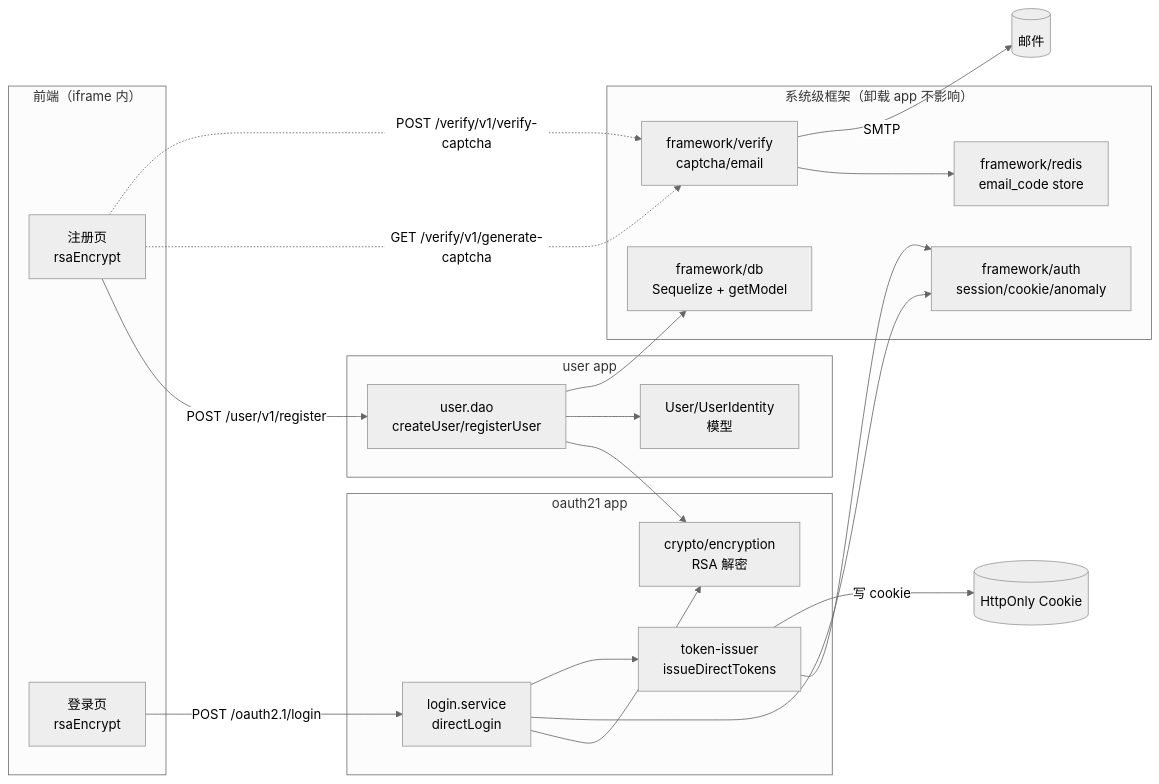
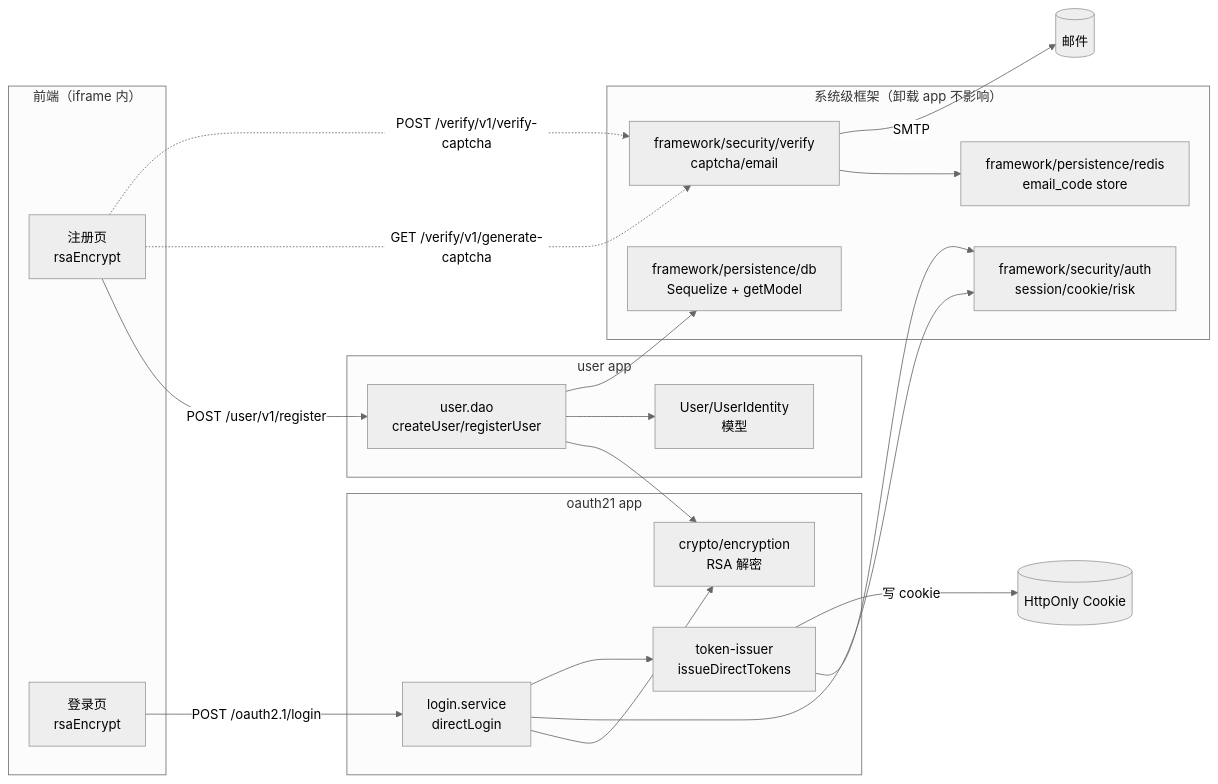
One commit to yijiu2025/CoreFlow changed the third of 10 diagrams in docs/development/注册登录全链路流程图.md. Above: the diagram before and after it, drawn with Mermaid (neutral theme). The commit also changed other lines of this file and 39 other files, not shown here.

````diff
--- a/docs/development/注册登录全链路流程图.md
+++ b/docs/development/注册登录全链路流程图.md
@@ -318,41 +318,41 @@
 ```mermaid
 graph LR
     subgraph 系统级["系统级框架（卸载 app 不影响）"]
-        AUTH[framework/auth<br/>session/cookie/anomaly]
-        VERIFY[framework/verify<br/>captcha/email]
-        DB[framework/db<br/>Sequelize + getModel]
-        RDS2[framework/redis<br/>email_code store]
+        AUTH[framework/security/auth<br/>session/cookie/risk]
+        VERIFY[framework/security/verify<br/>captcha/email]
+        DB[framework/persistence/db<br/>Sequelize + getModel]
+        RDS2[framework/persistence/redis<br/>email_code store]
     end
 
     subgraph oauth21["oauth21 app"]
         CRYPT2[crypto/encryption<br/>RSA 解密]
         LOGIN[login.service<br/>directLogin]
         ISS2[token-issuer<br/>issueDirectTokens]
     end
 
     subgraph user["user app"]
         REG[user.dao<br/>createUser/registerUser]
         UMODEL[User/UserIdentity<br/>模型]
     end
 
     subgraph 前端["前端（iframe 内）"]
         REGPAGE[注册页<br/>rsaEncrypt]
         LOGINPAGE[登录页<br/>rsaEncrypt]
     end
 
     REGPAGE -->|POST /user/v1/register| REG
     LOGINPAGE -->|POST /oauth2.1/login| LOGIN
     REGPAGE -.->|GET /verify/v1/generate-captcha| VERIFY
     REGPAGE -.->|POST /verify/v1/verify-captcha| VERIFY
     VERIFY --> RDS2
     VERIFY -->|SMTP| MAIL[(邮件)]
 
     REG --> CRYPT2
     REG --> UMODEL
     REG --> DB
     LOGIN --> CRYPT2
     LOGIN --> AUTH
     LOGIN --> ISS2
     ISS2 --> AUTH
     ISS2 -->|写 cookie| COOKIE[(HttpOnly Cookie)]
 ```
````
